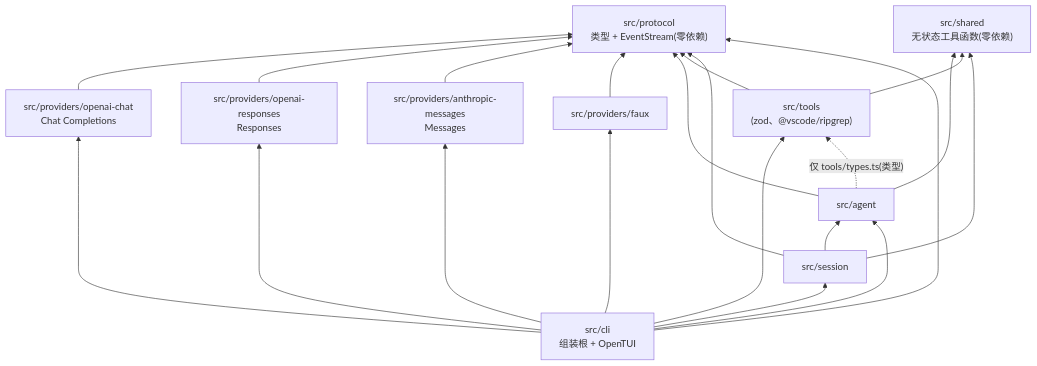
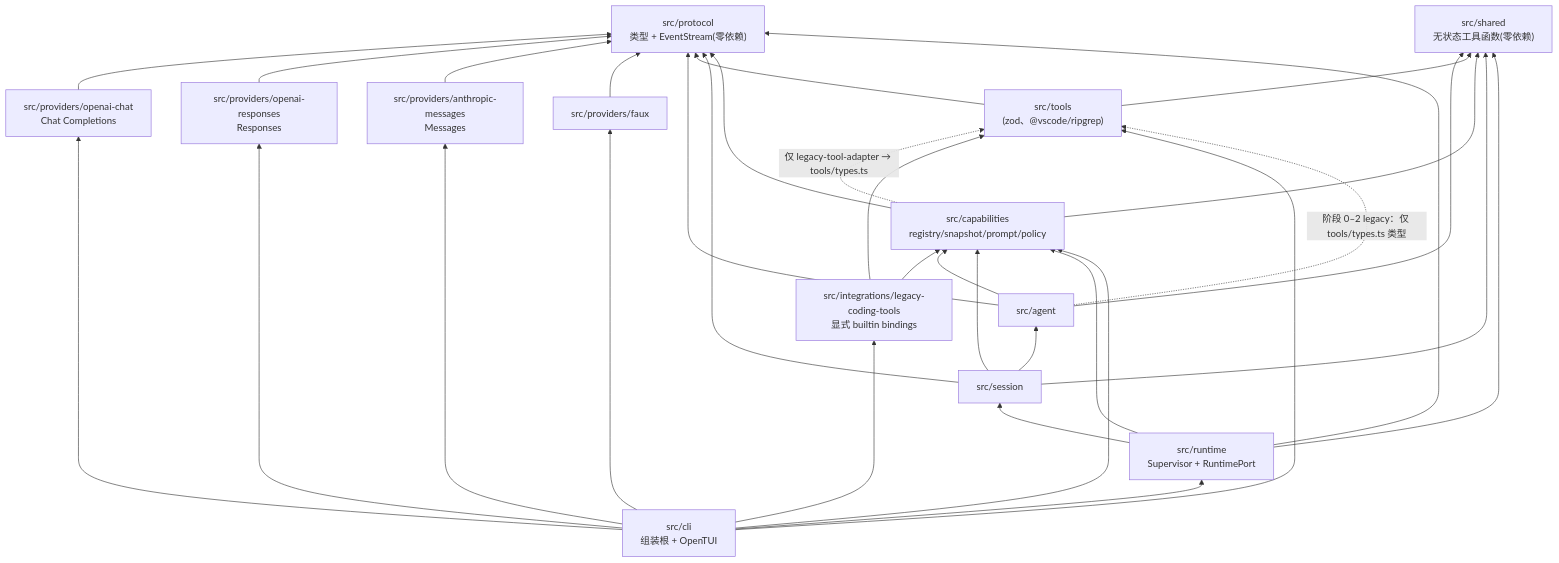
Before and after one commit to rita152/coda: the first of 3 diagrams in docs/02-architecture.md, drawn with Mermaid. The commit also changed other lines of this file and 14 other files, not shown here.

First line of the commit message:
Freeze supervisor runtime design baseline

````diff
--- a/docs/02-architecture.md
+++ b/docs/02-architecture.md
@@ -60,34 +71,48 @@
 ```mermaid
 flowchart BT
   protocol["src/protocol\n类型 + EventStream(零依赖)"]
   shared["src/shared\n无状态工具函数(零依赖)"]
   openai_chat["src/providers/openai-chat\nChat Completions"]
   openai_responses["src/providers/openai-responses\nResponses"]
   anthropic["src/providers/anthropic-messages\nMessages"]
   faux["src/providers/faux"]
   agent["src/agent"]
   tools["src/tools\n(zod、@vscode/ripgrep)"]
+  capabilities["src/capabilities\nregistry/snapshot/prompt/policy"]
+  legacy_tools["src/integrations/legacy-coding-tools\n显式 builtin bindings"]
   session["src/session"]
+  runtime["src/runtime\nSupervisor + RuntimePort"]
   cli["src/cli\n组装根 + OpenTUI"]
 
   openai_chat --> protocol
   openai_responses --> protocol
   anthropic --> protocol
   faux --> protocol
   agent --> protocol
   tools --> protocol
   session --> protocol
   agent --> shared
   tools --> shared
+  capabilities --> protocol
+  capabilities --> shared
+  capabilities -. "仅 legacy-tool-adapter → tools/types.ts" .-> tools
+  legacy_tools --> capabilities
+  legacy_tools --> tools
+  agent --> capabilities
   session --> shared
   session --> agent
-  cli --> agent
+  session --> capabilities
+  runtime --> protocol
+  runtime --> shared
+  runtime --> session
+  runtime --> capabilities
+  cli --> runtime
+  cli --> capabilities
   cli --> openai_chat
   cli --> openai_responses
   cli --> anthropic
   cli --> faux
   cli --> tools
-  cli --> session
-  cli --> protocol
-  agent -. "仅 tools/types.ts(类型)" .-> tools
+  cli --> legacy_tools
+  agent -. "阶段 0–2 legacy：仅 tools/types.ts 类型" .-> tools
 ```
````
